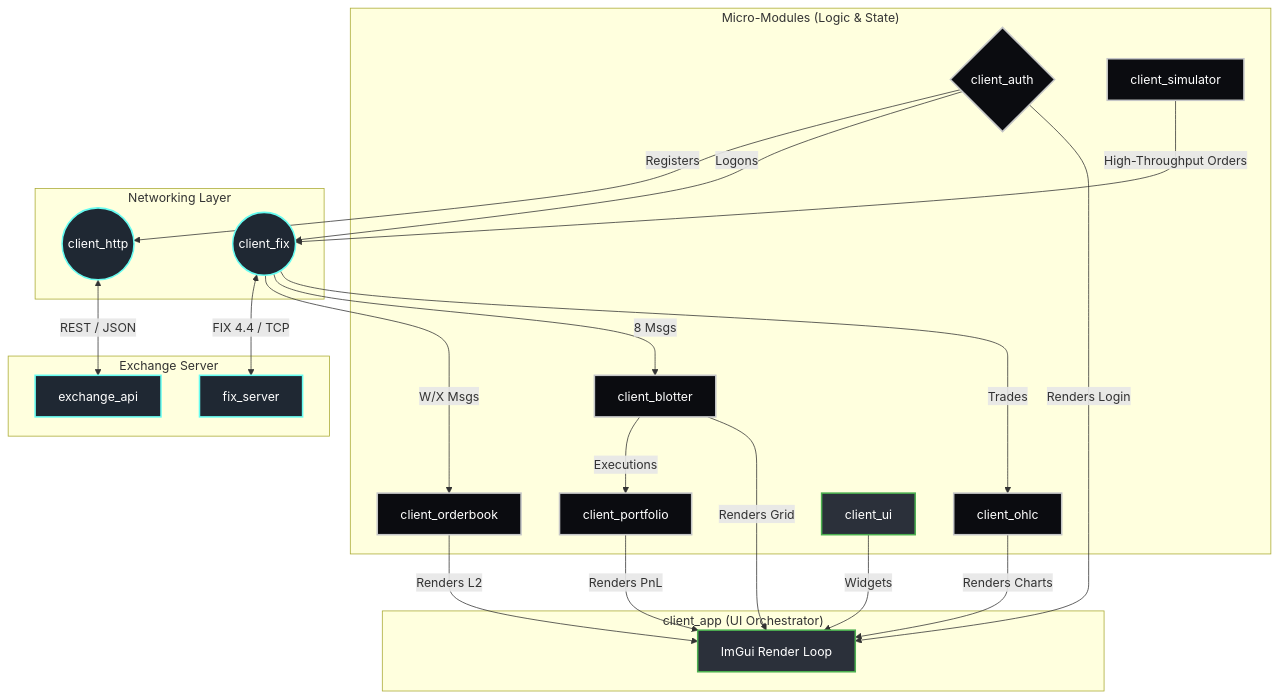
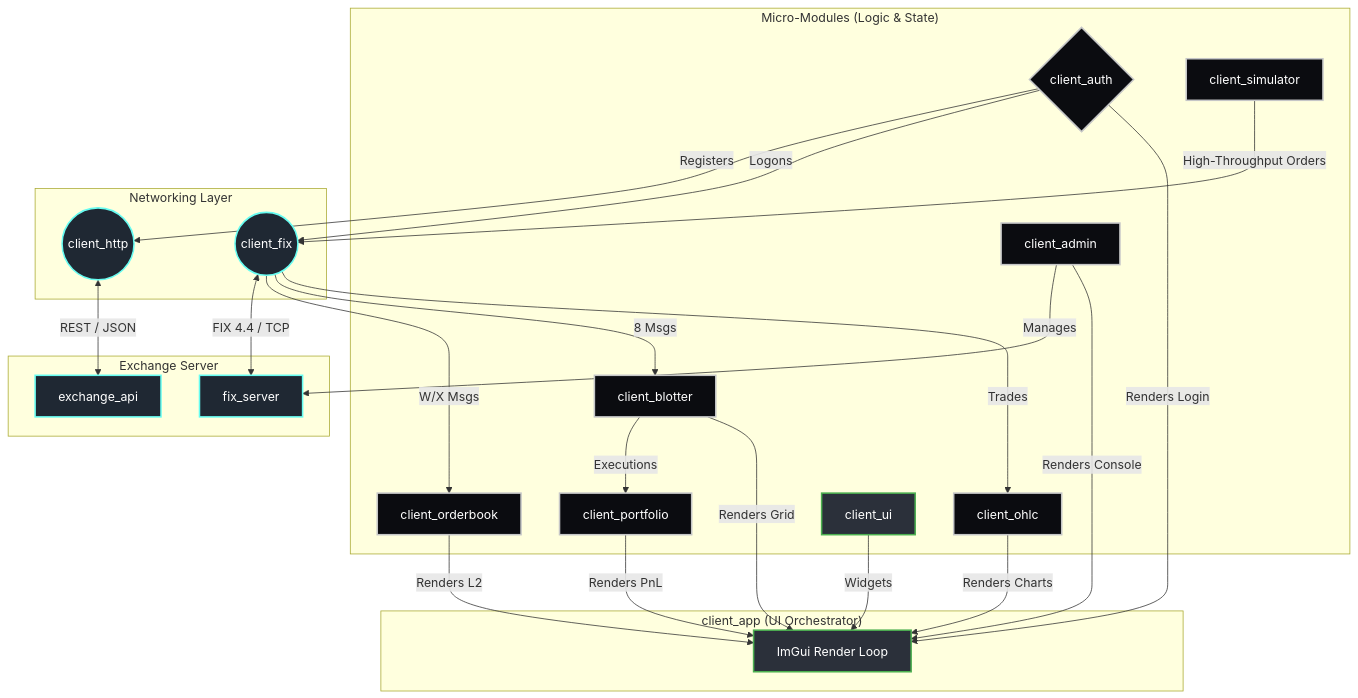
One commit to SujalChoudhari/BetaTrader changed the diagram in client/README.md. Above: the diagram before and after it, drawn with Mermaid. The commit also changed other lines of this file and 6 other files, not shown here.

Commit message:
docs: update system documentation and architecture diagrams to reflect recent module refactoring

````diff
--- a/client/README.md
+++ b/client/README.md
@@ -9,55 +9,60 @@
 ```mermaid
 graph TD
     classDef ui fill:#2b303a,stroke:#4caf50,stroke-width:2px,color:white;
     classDef net fill:#1f2833,stroke:#66fcf1,stroke-width:2px,color:white;
     classDef logic fill:#0b0c10,stroke:#c5c6c7,stroke-width:2px,color:white;
 
     subgraph "client_app (UI Orchestrator)"
         APP[ImGui Render Loop]:::ui
     end
 
     subgraph "Micro-Modules (Logic & State)"
         AUTH{client_auth}:::logic
         OB[client_orderbook]:::logic
         BLOT[client_blotter]:::logic
         PORT[client_portfolio]:::logic
         OHLC[client_ohlc]:::logic
         SIM[client_simulator]:::logic
         UI_L[client_ui]:::ui
+        ADM[client_admin]:::logic
     end
 
     subgraph "Networking Layer"
         HTTP((client_http)):::net
         FIX((client_fix)):::net
     end
 
     subgraph "Exchange Server"
         EX_HTTP[exchange_api]:::net
         EX_FIX[fix_server]:::net
     end
 
     %% Networking Links
     HTTP <-->|REST / JSON| EX_HTTP
     FIX <-->|FIX 4.4 / TCP| EX_FIX
 
     %% Module Interconnectivity
     AUTH -->|Registers| HTTP
     AUTH -->|Logons| FIX
 
     FIX -->|W/X Msgs| OB
     FIX -->|8 Msgs| BLOT
     
     BLOT -->|Executions| PORT
     FIX -->|Trades| OHLC
 
+    %% Admin manages local exchange
+    ADM -->|Manages| EX_FIX
+
     %% User Interface Mounting
     OB -->|Renders L2| APP
     BLOT -->|Renders Grid| APP
     PORT -->|Renders PnL| APP
     AUTH -->|Renders Login| APP
     OHLC -->|Renders Charts| APP
     UI_L -->|Widgets| APP
+    ADM -->|Renders Console| APP
 
     %% Simulator bypassing UI
     SIM -->|High-Throughput Orders| FIX
 ```
````
